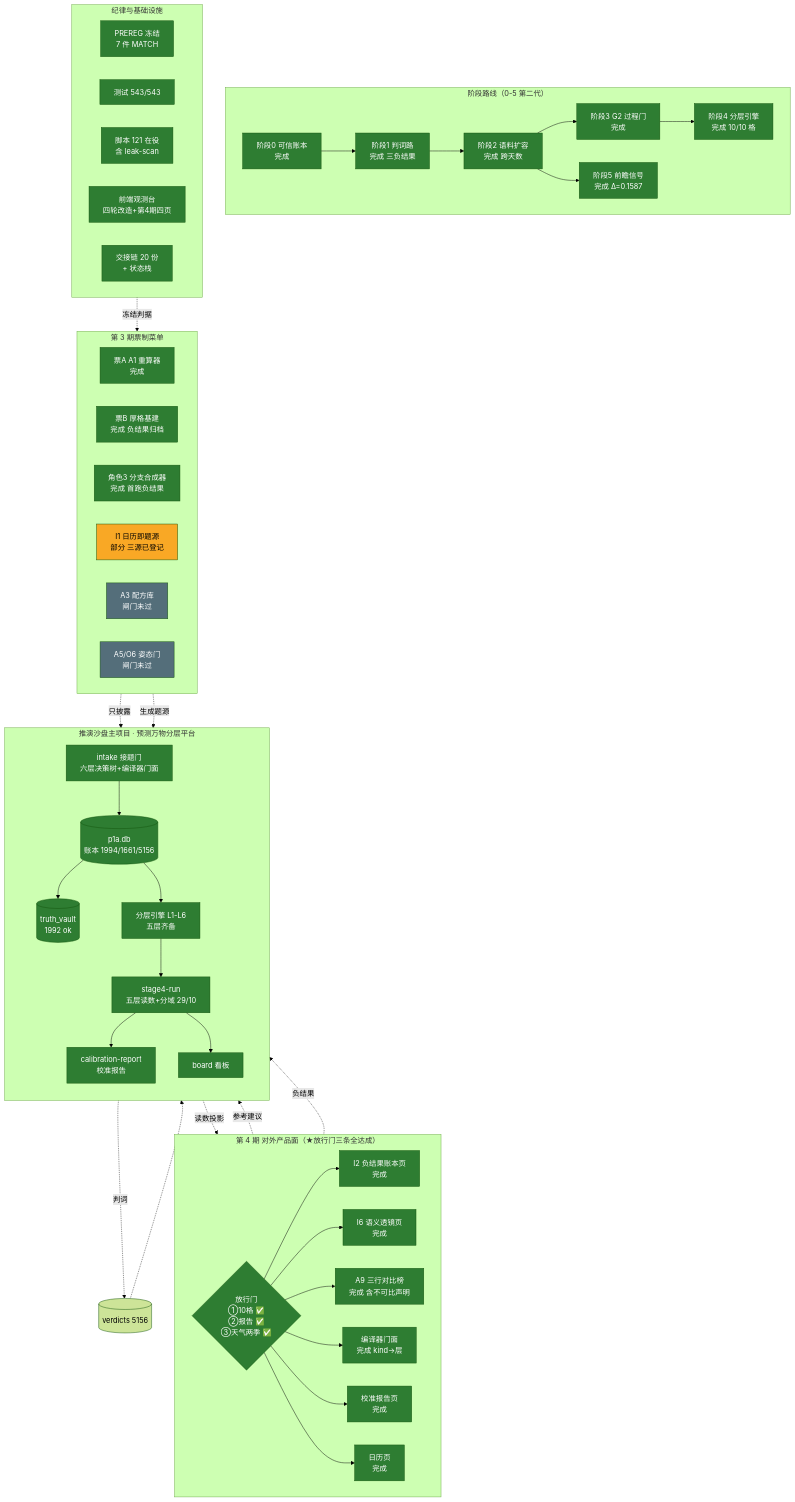
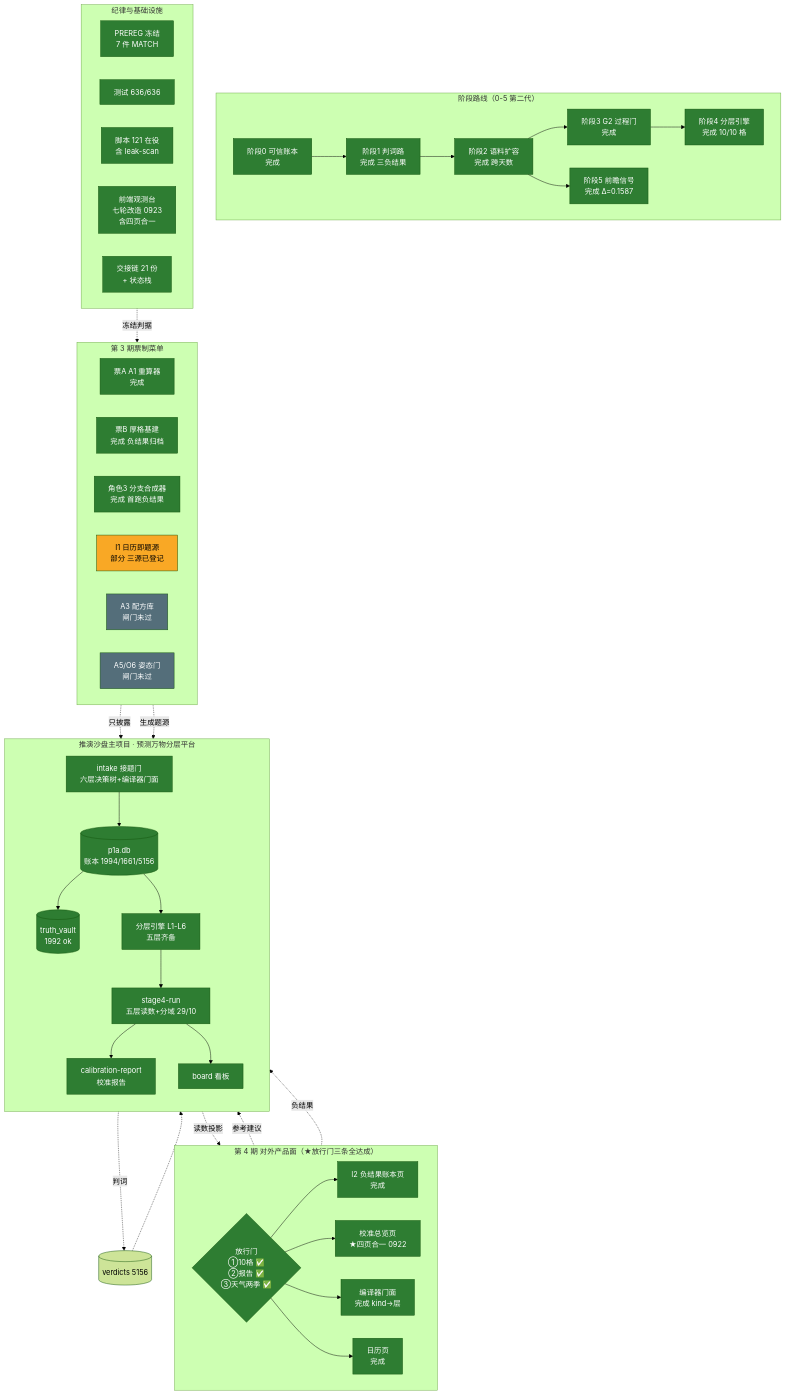
One commit to rui08984-dot/tuiyan-sandbox changed the diagram in architecture.mmd. Above: the diagram before and after it, drawn with Mermaid (forest theme). The commit also changed 2 other files, not shown here.

```diff
--- a/architecture.mmd
+++ b/architecture.mmd
@@ -1,82 +1,78 @@
 flowchart TB
     subgraph MAIN["推演沙盘主项目 · 预测万物分层平台"]
         direction TB
         LEDGER[("p1a.db<br/>账本 1994/1661/5156")]
         VAULT[("truth_vault<br/>1992 ok")]
         INTAKE["intake 接题门<br/>六层决策树+编译器门面"]
         ENGINES["分层引擎 L1-L6<br/>五层齐备"]
         STAGE4["stage4-run<br/>五层读数+分域 29/10"]
         CAL["calibration-report<br/>校准报告"]
         BOARD["board 看板"]
         LEDGER --> VAULT
         LEDGER --> ENGINES
         INTAKE --> LEDGER
         ENGINES --> STAGE4
         STAGE4 --> CAL
         STAGE4 --> BOARD
     end
 
     subgraph PHASE["阶段路线（0-5 第二代）"]
         direction LR
         P0["阶段0 可信账本<br/>完成"]
         P1["阶段1 判词路<br/>完成 三负结果"]
         P2["阶段2 语料扩容<br/>完成 跨天数"]
         P3["阶段3 G2 过程门<br/>完成"]
         P4["阶段4 分层引擎<br/>完成 10/10 格"]
         P5["阶段5 前瞻信号<br/>完成 Δ=0.1587"]
         P0 --> P1 --> P2 --> P3 --> P4
         P2 --> P5
     end
 
     subgraph TICKET["第 3 期票制菜单"]
         direction LR
         A1["票A A1 重算器<br/>完成"]
         TB["票B 厚格基建<br/>完成 负结果归档"]
         R3["角色3 分支合成器<br/>完成 首跑负结果"]
         I1["I1 日历即题源<br/>部分 三源已登记"]
         A3["A3 配方库<br/>闸门未过"]
         A5["A5/O6 姿态门<br/>闸门未过"]
     end
 
     subgraph P4F["第 4 期 对外产品面（★放行门三条全达成）"]
         direction LR
         GATE{"放行门<br/>①10格 ✅<br/>②报告 ✅<br/>③天气两季 ✅"}
         F1["I2 负结果账本页<br/>完成"]
-        F2["I6 语义透镜页<br/>完成"]
-        F3["A9 三行对比榜<br/>完成 含不可比声明"]
+        F5["校准总览页<br/>★四页合一 0922"]
         F4["编译器门面<br/>完成 kind→层"]
-        F5["校准报告页<br/>完成"]
         F6["日历页<br/>完成"]
         GATE --> F1
-        GATE --> F2
-        GATE --> F3
+        GATE --> F5
         GATE --> F4
-        GATE --> F5
         GATE --> F6
     end
 
     subgraph INFRA["纪律与基础设施"]
         direction LR
         PREREG["PREREG 冻结<br/>7 件 MATCH"]
-        TEST["测试 543/543"]
+        TEST["测试 636/636"]
         SCRIPTS["脚本 121 在役<br/>含 leak-scan"]
-        UI["前端观测台<br/>四轮改造+第4期四页"]
-        HANDOFF["交接链 20 份<br/>+ 状态栈"]
+        UI["前端观测台<br/>七轮改造 0923<br/>含四页合一"]
+        HANDOFF["交接链 21 份<br/>+ 状态栈"]
     end
 
     ENGINES -.->|"判词"| VERD[("verdicts 5156")]
     VERD -.-> STAGE4
     PREREG -.->|"冻结判据"| R3
     R3 -.->|"只披露"| BOARD
     I1 -.->|"生成题源"| INTAKE
     STAGE4 -.->|"读数投影"| GATE
     F4 -.->|"参考建议"| INTAKE
     F1 -.->|"负结果"| BOARD
 
     classDef done fill:#2e7d32,color:#fff
     classDef doing fill:#f9a825,color:#000
     classDef notstarted fill:#546e7a,color:#fff
 
-    class P0,P1,P2,P3,P4,P5,A1,TB,R3,LEDGER,VAULT,INTAKE,ENGINES,STAGE4,CAL,BOARD,PREREG,TEST,SCRIPTS,UI,HANDOFF,GATE,F1,F2,F3,F4,F5,F6 done
+    class P0,P1,P2,P3,P4,P5,A1,TB,R3,LEDGER,VAULT,INTAKE,ENGINES,STAGE4,CAL,BOARD,PREREG,TEST,SCRIPTS,UI,HANDOFF,GATE,F1,F4,F5,F6 done
     class I1 doing
     class A3,A5 notstarted
```
